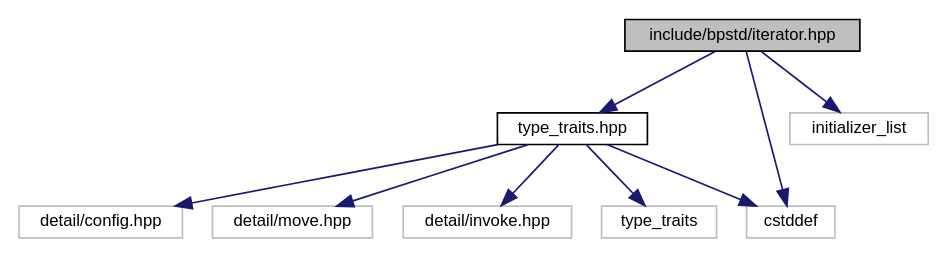
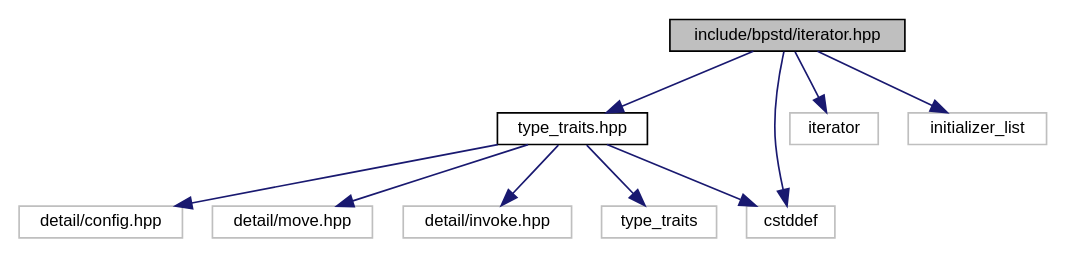
The diagram in api/latest/df/d9e/iterator_8hpp__incl.dot (bitwizeshift/BackportCpp), drawn with Graphviz before and after one commit. The commit also changed 78 other files, not shown here.

```diff
--- a/api/latest/df/d9e/iterator_8hpp__incl.dot
+++ b/api/latest/df/d9e/iterator_8hpp__incl.dot
@@ -1,21 +1,23 @@
 digraph "include/bpstd/iterator.hpp"
 {
   edge [fontname="Helvetica",fontsize="10",labelfontname="Helvetica",labelfontsize="10"];
   node [fontname="Helvetica",fontsize="10",shape=record];
   Node0 [label="include/bpstd/iterator.hpp",height=0.2,width=0.4,color="black", fillcolor="grey75", style="filled", fontcolor="black"];
   Node0 -> Node1 [color="midnightblue",fontsize="10",style="solid",fontname="Helvetica"];
   Node1 [label="type_traits.hpp",height=0.2,width=0.4,color="black", fillcolor="white", style="filled",URL="$dc/d54/type__traits_8hpp.html",tooltip="This header provides definitions from the C++ header <type_traits> "];
   Node1 -> Node2 [color="midnightblue",fontsize="10",style="solid",fontname="Helvetica"];
   Node2 [label="detail/config.hpp",height=0.2,width=0.4,color="grey75", fillcolor="white", style="filled"];
   Node1 -> Node3 [color="midnightblue",fontsize="10",style="solid",fontname="Helvetica"];
   Node3 [label="detail/move.hpp",height=0.2,width=0.4,color="grey75", fillcolor="white", style="filled"];
   Node1 -> Node4 [color="midnightblue",fontsize="10",style="solid",fontname="Helvetica"];
   Node4 [label="detail/invoke.hpp",height=0.2,width=0.4,color="grey75", fillcolor="white", style="filled"];
   Node1 -> Node5 [color="midnightblue",fontsize="10",style="solid",fontname="Helvetica"];
   Node5 [label="type_traits",height=0.2,width=0.4,color="grey75", fillcolor="white", style="filled"];
   Node1 -> Node6 [color="midnightblue",fontsize="10",style="solid",fontname="Helvetica"];
   Node6 [label="cstddef",height=0.2,width=0.4,color="grey75", fillcolor="white", style="filled"];
+  Node0 -> Node7 [color="midnightblue",fontsize="10",style="solid",fontname="Helvetica"];
+  Node7 [label="iterator",height=0.2,width=0.4,color="grey75", fillcolor="white", style="filled"];
   Node0 -> Node6 [color="midnightblue",fontsize="10",style="solid",fontname="Helvetica"];
-  Node0 -> Node7 [color="midnightblue",fontsize="10",style="solid",fontname="Helvetica"];
-  Node7 [label="initializer_list",height=0.2,width=0.4,color="grey75", fillcolor="white", style="filled"];
+  Node0 -> Node8 [color="midnightblue",fontsize="10",style="solid",fontname="Helvetica"];
+  Node8 [label="initializer_list",height=0.2,width=0.4,color="grey75", fillcolor="white", style="filled"];
 }
```
